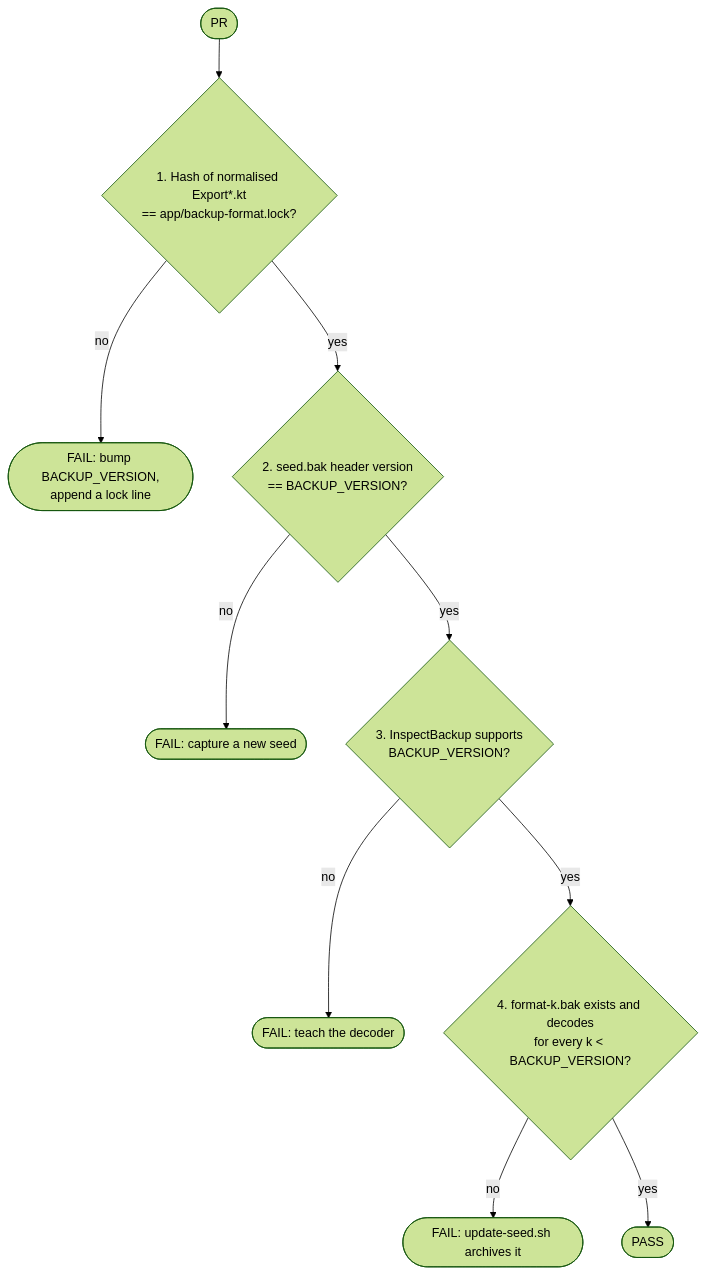
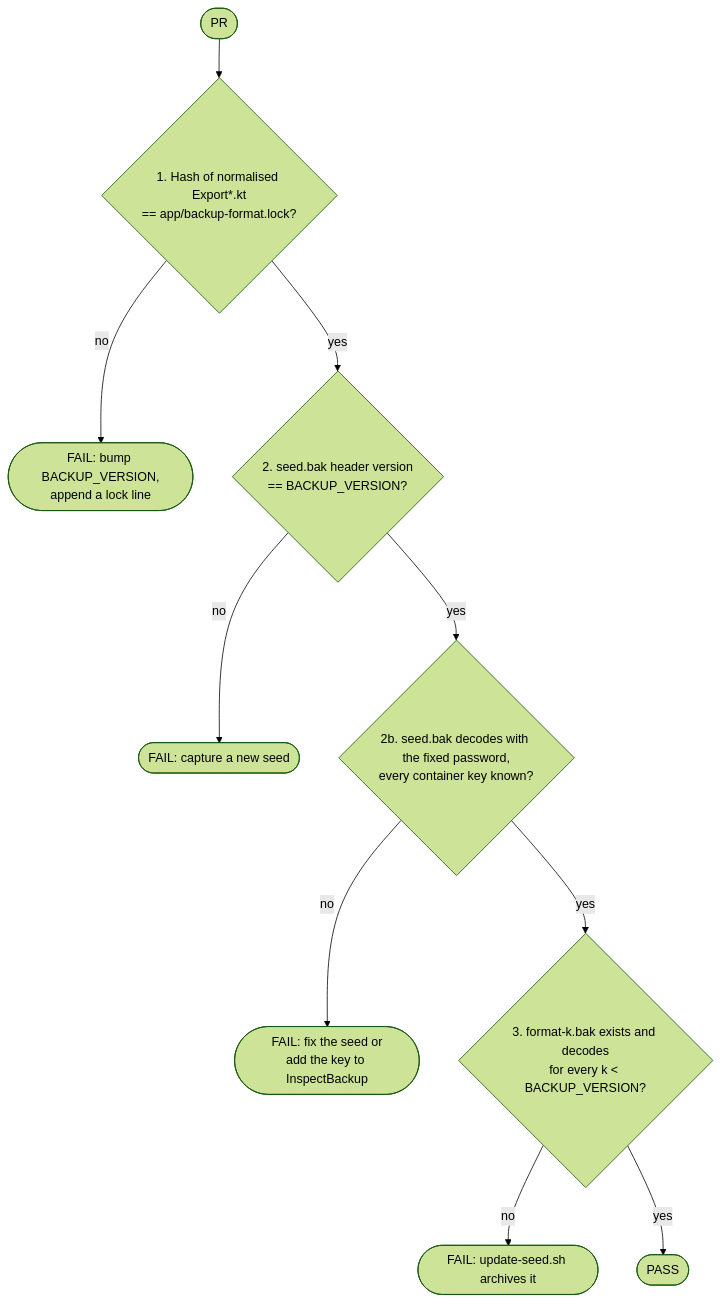
One commit to Ni3verma/Safe-Box changed the second of 4 diagrams in docs/testing/upgrade-testing.md. Above: the diagram before and after it, drawn with Mermaid (forest theme). The commit also changed other lines of this file and 16 other files, not shown here.

First line of the commit message:
Simplify backup-format tooling and add harness step logging

````diff
--- a/docs/testing/upgrade-testing.md
+++ b/docs/testing/upgrade-testing.md
@@ -76,12 +76,12 @@
 ```mermaid
 flowchart TD
     S([PR]) --> H{"1. Hash of normalised Export*.kt<br/>== app/backup-format.lock?"}
     H -->|no| F1(["FAIL: bump BACKUP_VERSION,<br/>append a lock line"])
     H -->|yes| SV{"2. seed.bak header version<br/>== BACKUP_VERSION?"}
     SV -->|no| F2(["FAIL: capture a new seed"])
-    SV -->|yes| DS{"3. InspectBackup supports<br/>BACKUP_VERSION?"}
-    DS -->|no| F3(["FAIL: teach the decoder"])
-    DS -->|yes| C4{"4. format-k.bak exists and decodes<br/>for every k < BACKUP_VERSION?"}
+    SV -->|yes| DS{"2b. seed.bak decodes with the fixed password,<br/>every container key known?"}
+    DS -->|no| F3(["FAIL: fix the seed or<br/>add the key to InspectBackup"])
+    DS -->|yes| C4{"3. format-k.bak exists and decodes<br/>for every k < BACKUP_VERSION?"}
     C4 -->|no| F4(["FAIL: update-seed.sh archives it"])
     C4 -->|yes| OK([PASS])
 ```
````
